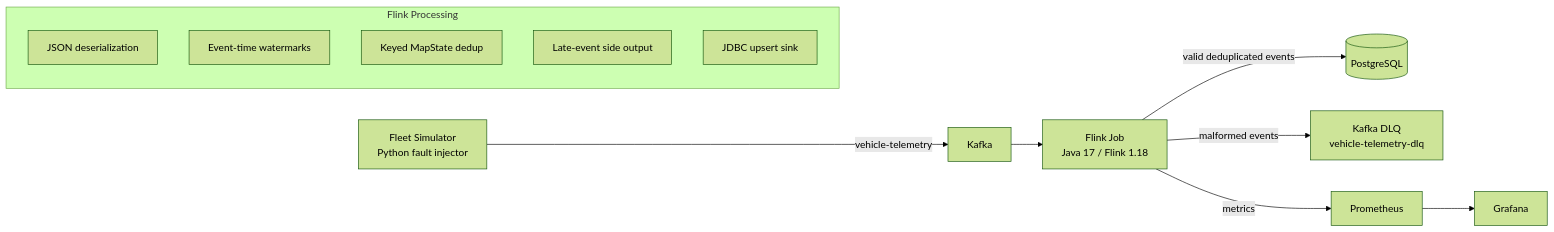
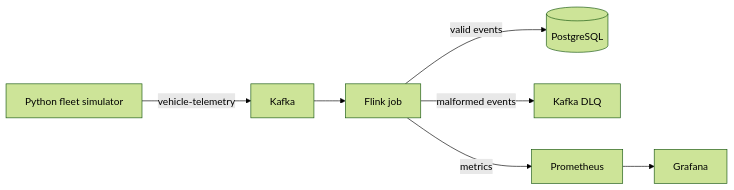
The diagram in README.md (XXXiaoY/reliability-stream-system), drawn with Mermaid (forest theme) before and after one commit. The commit also changed other lines of this file, not shown here.

````diff
--- a/README.md
+++ b/README.md
@@ -36,17 +19,9 @@
 ```mermaid
 flowchart LR
-    A[Fleet Simulator<br/>Python fault injector] -->|vehicle-telemetry| B[Kafka]
-    B --> C[Flink Job<br/>Java 17 / Flink 1.18]
-    C -->|valid deduplicated events| D[(PostgreSQL)]
-    C -->|malformed events| E[Kafka DLQ<br/>vehicle-telemetry-dlq]
+    A[Python fleet simulator] -->|vehicle-telemetry| B[Kafka]
+    B --> C[Flink job]
+    C -->|valid events| D[(PostgreSQL)]
+    C -->|malformed events| E[Kafka DLQ]
     C -->|metrics| F[Prometheus]
     F --> G[Grafana]
-
-    subgraph Flink Processing
-        C1[JSON deserialization]
-        C2[Event-time watermarks]
-        C3[Keyed MapState dedup]
-        C4[Late-event side output]
-        C5[JDBC upsert sink]
-    end
 ```
````
